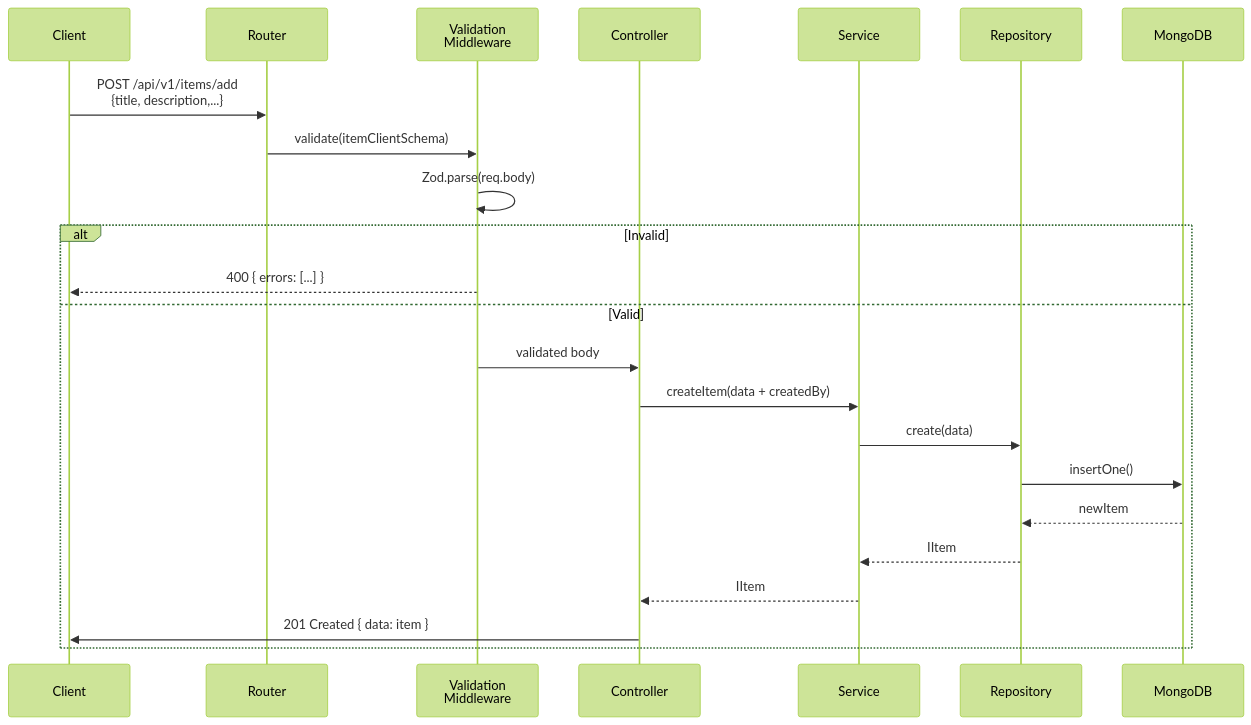
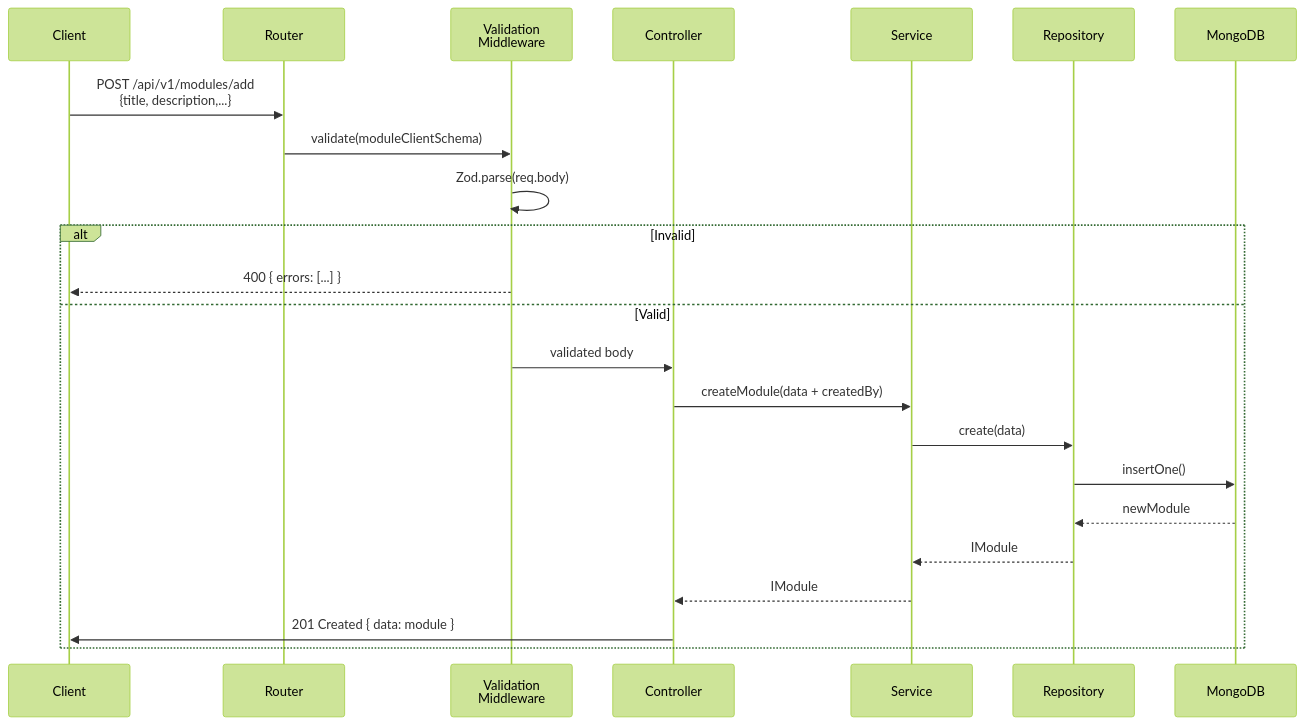
One commit to Sarwarhridoy4/StudyVault changed diagram 11 of 16 in README.md. Above: the diagram before and after it, drawn with Mermaid (forest theme). The commit also changed other lines of this file and 36 other files, not shown here.

First line of the commit message:
Refactor: study→course, item→module with linking capability

````diff
--- a/README.md
+++ b/README.md
@@ -779,26 +899,26 @@
 ```mermaid
 sequenceDiagram
     participant C as Client
     participant R as Router
     participant V as Validation<br/>Middleware
     participant Ctrl as Controller
     participant S as Service
     participant Rep as Repository
     participant M as MongoDB
 
-    C->>R: POST /api/v1/items/add<br/>{title, description,...}
-    R->>V: validate(itemClientSchema)
+    C->>R: POST /api/v1/modules/add<br/>{title, description,...}
+    R->>V: validate(moduleClientSchema)
     V->>V: Zod.parse(req.body)
     alt Invalid
         V-->>C: 400 { errors: [...] }
     else Valid
         V->>Ctrl: validated body
-        Ctrl->>S: createItem(data + createdBy)
+        Ctrl->>S: createModule(data + createdBy)
         S->>Rep: create(data)
         Rep->>M: insertOne()
-        M-->>Rep: newItem
-        Rep-->>S: IItem
-        S-->>Ctrl: IItem
-        Ctrl->>C: 201 Created { data: item }
+        M-->>Rep: newModule
+        Rep-->>S: IModule
+        S-->>Ctrl: IModule
+        Ctrl->>C: 201 Created { data: module }
     end
 ```
````
